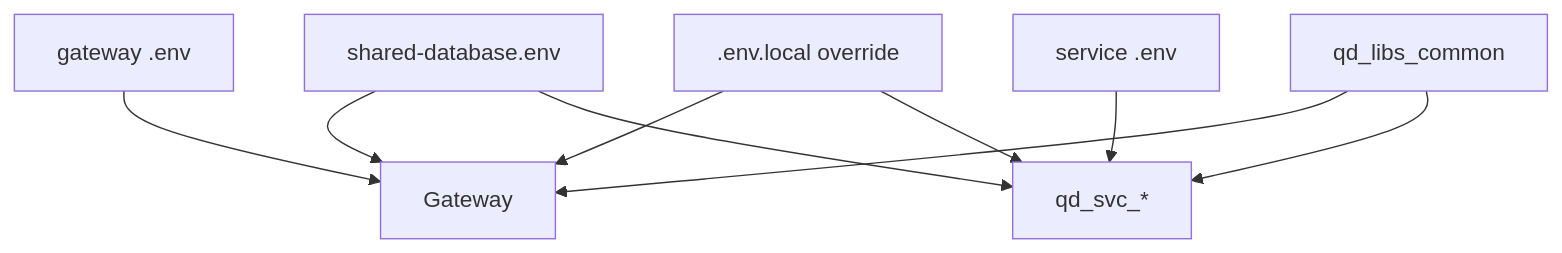
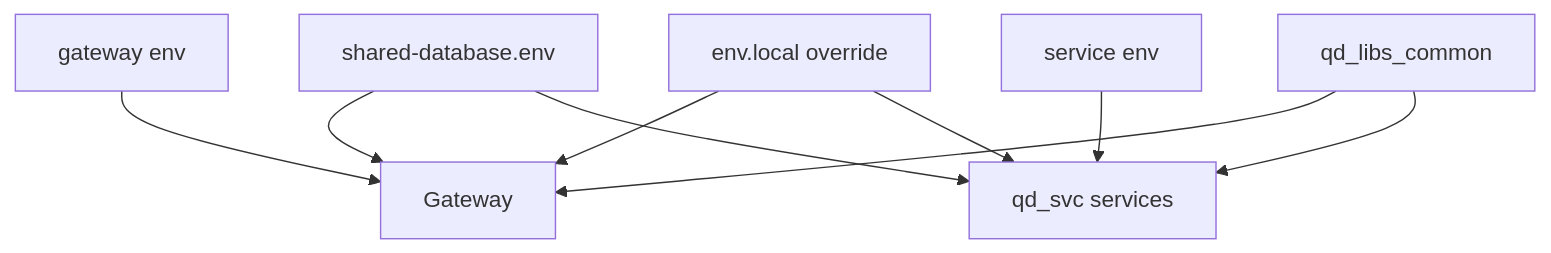
Before and after one commit to TZTANG97/utoo-pydjango: the third of 6 diagrams in README.md, drawn with Mermaid. The commit also changed other lines of this file, not shown here.

Commit message:
docs: simplify Mermaid for old GitLab parser (no cylinder nodes).

````diff
--- a/README.md
+++ b/README.md
@@ -89,11 +89,11 @@
 ```mermaid
 graph TB
   Shared[shared-database.env] --> GW[Gateway]
-  Shared --> Svc[qd_svc_*]
-  EnvGw[gateway .env] --> GW
-  EnvSvc[service .env] --> Svc
-  Local[.env.local override] --> GW
+  Shared --> Svc[qd_svc services]
+  EnvGw[gateway env] --> GW
+  EnvSvc[service env] --> Svc
+  Local[env.local override] --> GW
   Local --> Svc
   Libs[qd_libs_common] --> GW
   Libs --> Svc
 ```
````
